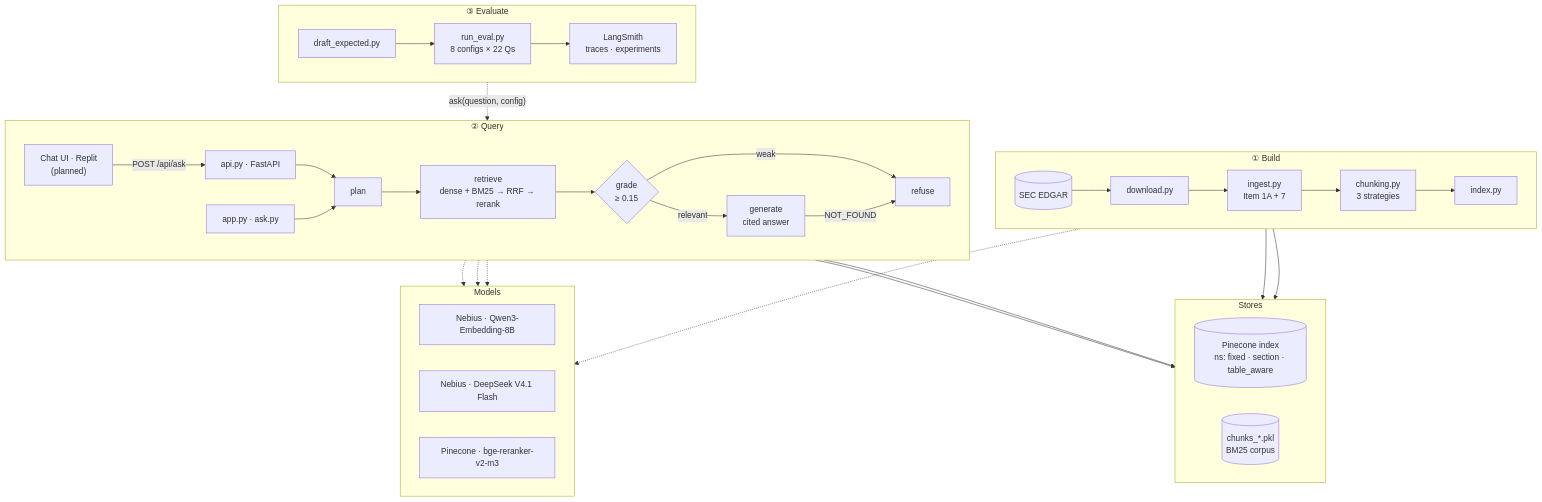
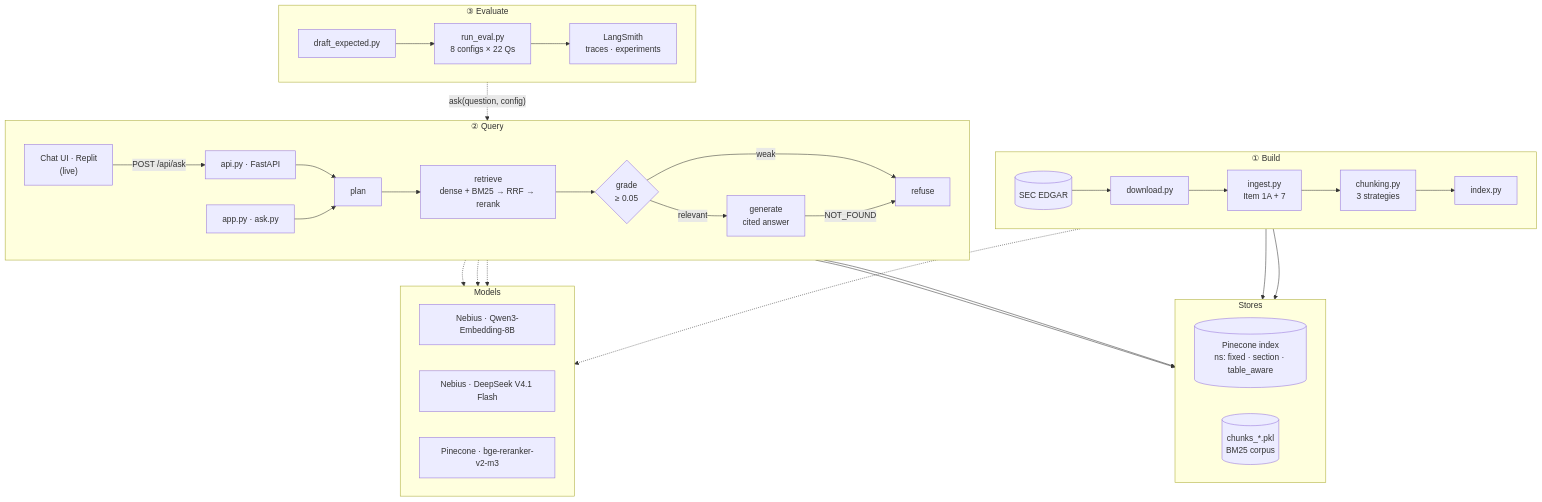
The first of 3 diagrams in docs/ARCHITECTURE.md (kdhandapani-hub/filing-lens), drawn with Mermaid before and after one commit. The commit also changed other lines of this file and 4 other files, not shown here.

Commit message:
Docs: Day 4 iteration log, threshold re-run, architecture marked live

````diff
--- a/docs/ARCHITECTURE.md
+++ b/docs/ARCHITECTURE.md
@@ -16,45 +16,45 @@
 ```mermaid
 flowchart TB
   subgraph BUILD["① Build"]
     direction LR
     EDGAR[("SEC EDGAR")] --> DL["download.py"] --> ING["ingest.py<br/>Item 1A + 7"] --> CH["chunking.py<br/>3 strategies"] --> IDX["index.py"]
   end
 
   subgraph STORE["Stores"]
     direction LR
     PC[("Pinecone index<br/>ns: fixed · section · table_aware")]
     PKL[("chunks_*.pkl<br/>BM25 corpus")]
   end
 
   subgraph QUERY["② Query"]
     direction LR
-    UI["Chat UI · Replit<br/>(planned)"] -->|"POST /api/ask"| API["api.py · FastAPI"] --> PLAN
+    UI["Chat UI · Replit<br/>(live)"] -->|"POST /api/ask"| API["api.py · FastAPI"] --> PLAN
     LOCAL["app.py · ask.py"] --> PLAN
-    PLAN["plan"] --> RET["retrieve<br/>dense + BM25 → RRF → rerank"] --> GRADE{"grade<br/>≥ 0.15"}
+    PLAN["plan"] --> RET["retrieve<br/>dense + BM25 → RRF → rerank"] --> GRADE{"grade<br/>≥ 0.05"}
     GRADE -->|relevant| GEN["generate<br/>cited answer"]
     GRADE -->|weak| REF["refuse"]
     GEN -->|NOT_FOUND| REF
   end
 
   subgraph MODELS["Models"]
     direction LR
     EMB["Nebius · Qwen3-Embedding-8B"]
     LLM["Nebius · DeepSeek V4.1 Flash"]
     RR["Pinecone · bge-reranker-v2-m3"]
   end
 
   subgraph EVAL["③ Evaluate"]
     direction LR
     DE["draft_expected.py"] --> RE["run_eval.py<br/>8 configs × 22 Qs"] --> LS["LangSmith<br/>traces · experiments"]
   end
 
   IDX --> PC
   IDX --> PKL
   IDX -.-> EMB
   RET --> PC
   RET --> PKL
   RET -.-> EMB
   RET -.-> RR
   GEN -.-> LLM
   RE -.->|"ask(question, config)"| PLAN
 ```
````
